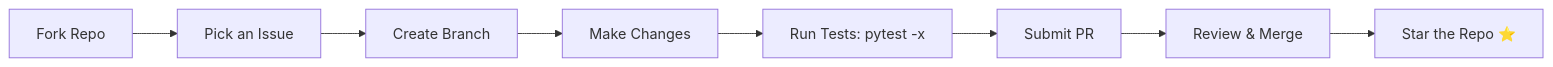
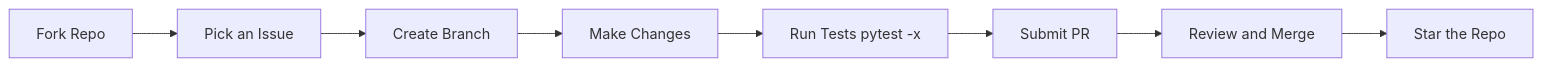
One commit to rbkhan007/Photato-Phi-3-Custom-Model changed diagram 14 of 14 in README.md. Above: the diagram before and after it, drawn with Mermaid. The commit also changed other lines of this file, not shown here.

Commit message:
fix Training Pipeline mermaid diagram rendering

````diff
--- a/README.md
+++ b/README.md
@@ -1163,10 +1247,10 @@
 ```mermaid
 flowchart LR
-    A[Fork Repo] --> B[Pick an Issue]
-    B --> C[Create Branch]
-    C --> D[Make Changes]
-    D --> E[Run Tests: pytest -x]
-    E --> F[Submit PR]
-    F --> G[Review & Merge]
-    G --> H[Star the Repo ⭐]
+    A["Fork Repo"] --> B["Pick an Issue"]
+    B --> C["Create Branch"]
+    C --> D["Make Changes"]
+    D --> E["Run Tests pytest -x"]
+    E --> F["Submit PR"]
+    F --> G["Review and Merge"]
+    G --> H["Star the Repo"]
 ```
````
